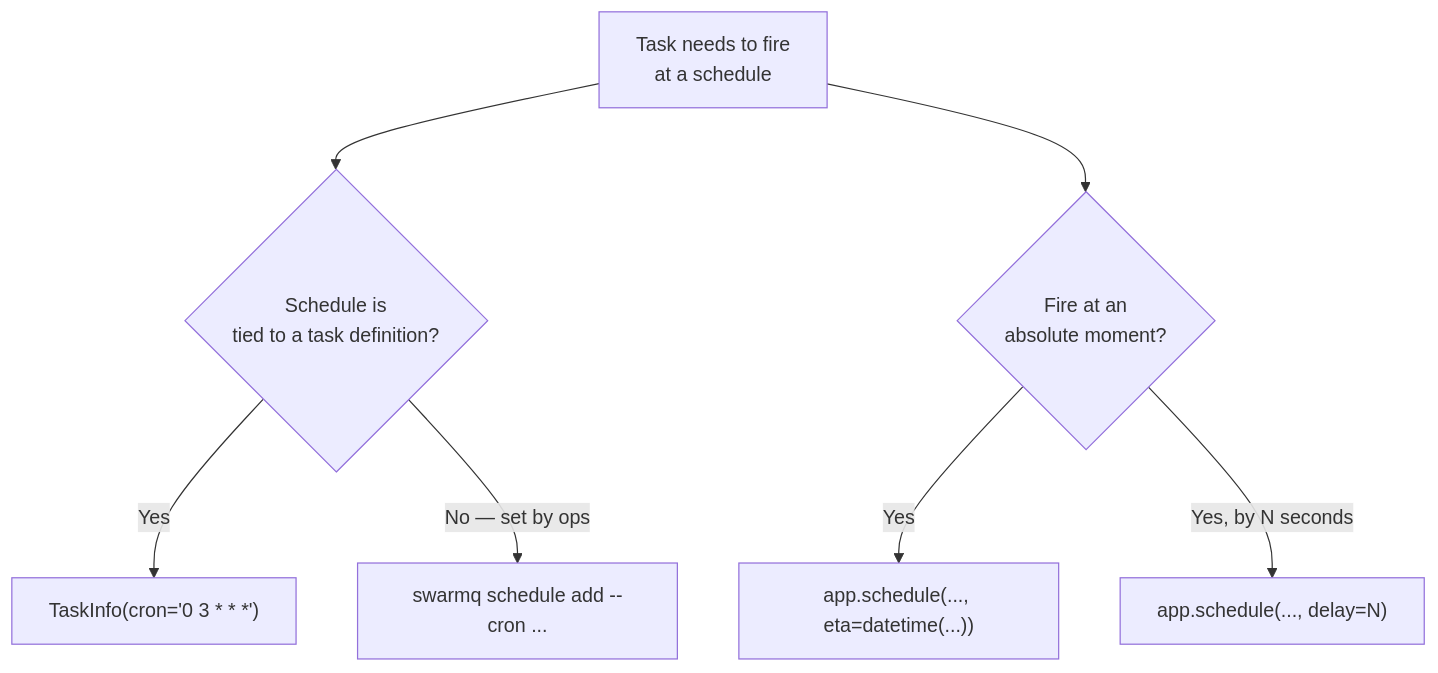
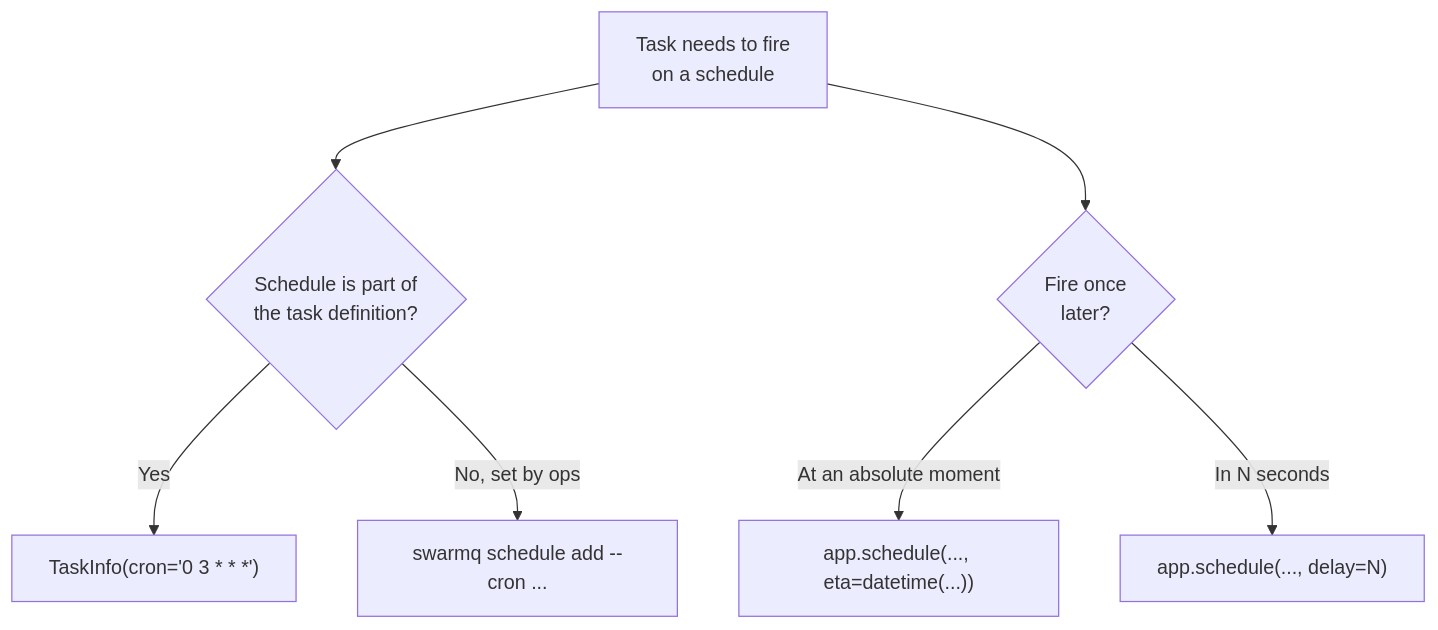
The eighth of 9 diagrams in website/reference/agent/decision-trees.md (Schorschofwill/swarmq), drawn with Mermaid before and after one commit. The commit also changed other lines of this file and 84 other files, not shown here.

````diff
--- a/website/reference/agent/decision-trees.md
+++ b/website/reference/agent/decision-trees.md
@@ -168,9 +201,9 @@
 ```mermaid
 flowchart TD
-    A[Task needs to fire<br/>at a schedule] --> B{Schedule is<br/>tied to a task definition?}
+    A[Task needs to fire<br/>on a schedule] --> B{Schedule is part of<br/>the task definition?}
     B -->|Yes| C["TaskInfo(cron='0 3 * * *')"]
-    B -->|No — set by ops| D["swarmq schedule add --cron ..."]
-    A --> E{Fire at an<br/>absolute moment?}
-    E -->|Yes| F["app.schedule(..., eta=datetime(...))"]
-    E -->|Yes, by N seconds| G["app.schedule(..., delay=N)"]
+    B -->|No, set by ops| D["swarmq schedule add --cron ..."]
+    A --> E{Fire once<br/>later?}
+    E -->|At an absolute moment| F["app.schedule(..., eta=datetime(...))"]
+    E -->|In N seconds| G["app.schedule(..., delay=N)"]
 ```
````
